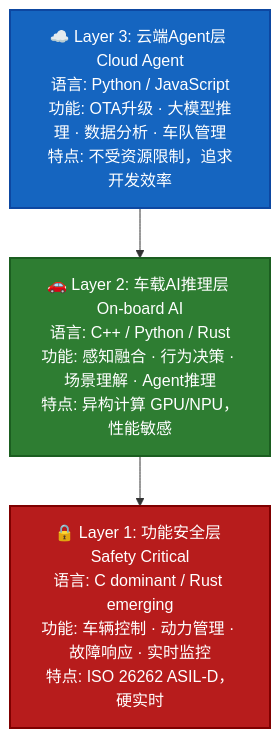
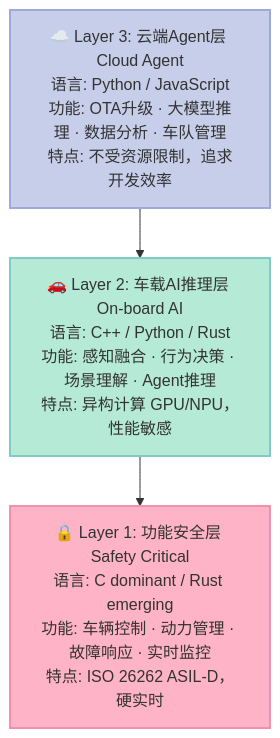
One commit to xuqi2024/xuqi2024.github.io changed the second of 4 diagrams in _posts/2026-04-15-automotive-soc-agent-language-analysis.md. Above: the diagram before and after it, drawn with Mermaid. The commit also changed other lines of this file and 2 other files, not shown here.

````diff
--- a/_posts/2026-04-15-automotive-soc-agent-language-analysis.md
+++ b/_posts/2026-04-15-automotive-soc-agent-language-analysis.md
@@ -135,12 +149,12 @@
 ```mermaid
 graph TB
     L3["☁️ Layer 3: 云端Agent层 Cloud Agent\n语言: Python / JavaScript\n功能: OTA升级 · 大模型推理 · 数据分析 · 车队管理\n特点: 不受资源限制，追求开发效率"]
     L2["🚗 Layer 2: 车载AI推理层 On-board AI\n语言: C++ / Python / Rust\n功能: 感知融合 · 行为决策 · 场景理解 · Agent推理\n特点: 异构计算 GPU/NPU，性能敏感"]
     L1["🔒 Layer 1: 功能安全层 Safety Critical\n语言: C dominant / Rust emerging\n功能: 车辆控制 · 动力管理 · 故障响应 · 实时监控\n特点: ISO 26262 ASIL-D，硬实时"]
 
     L3 --> L2 --> L1
 
-    style L3 fill:#1565C0,color:#fff,stroke:#0D47A1,stroke-width:2px
-    style L2 fill:#2E7D32,color:#fff,stroke:#1B5E20,stroke-width:2px
-    style L1 fill:#B71C1C,color:#fff,stroke:#7F0000,stroke-width:2px
+    style L3 fill:#C7CEEA,stroke:#9FA8DA,color:#333,stroke-width:2px
+    style L2 fill:#B5EAD7,stroke:#80CBC4,color:#333,stroke-width:2px
+    style L1 fill:#FFB3C6,stroke:#F48FB1,color:#333,stroke-width:2px
 ```
````
